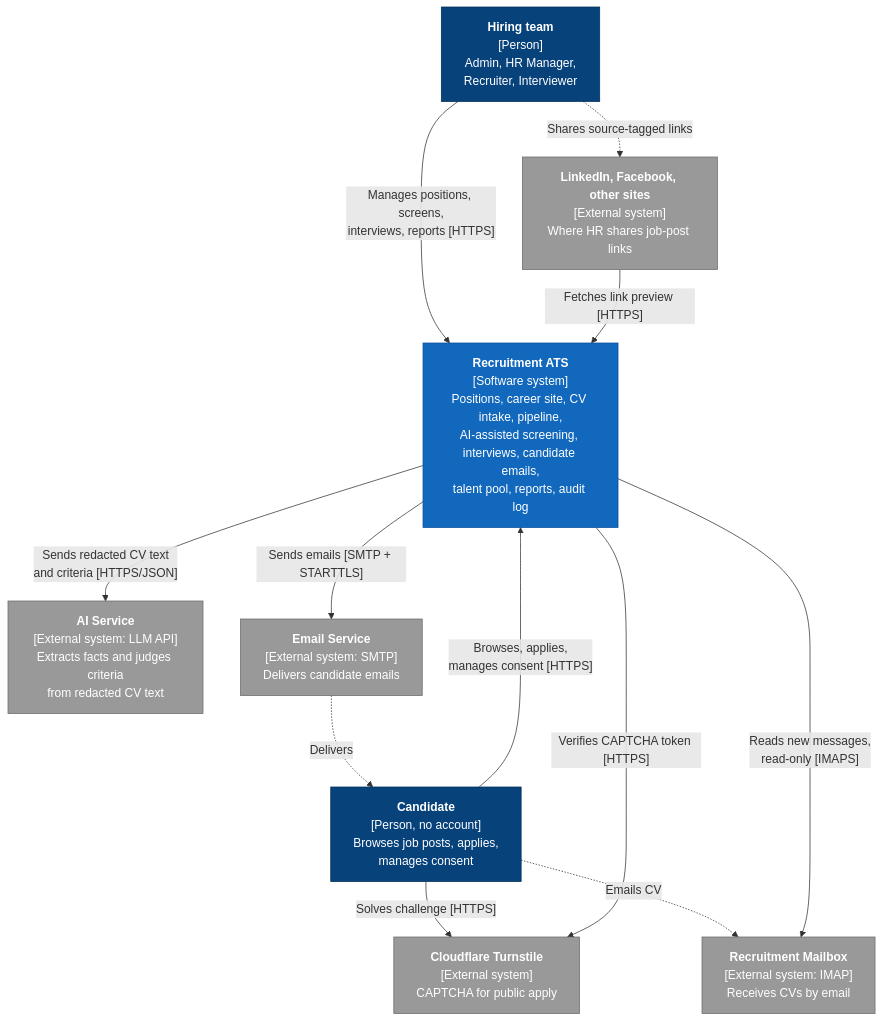
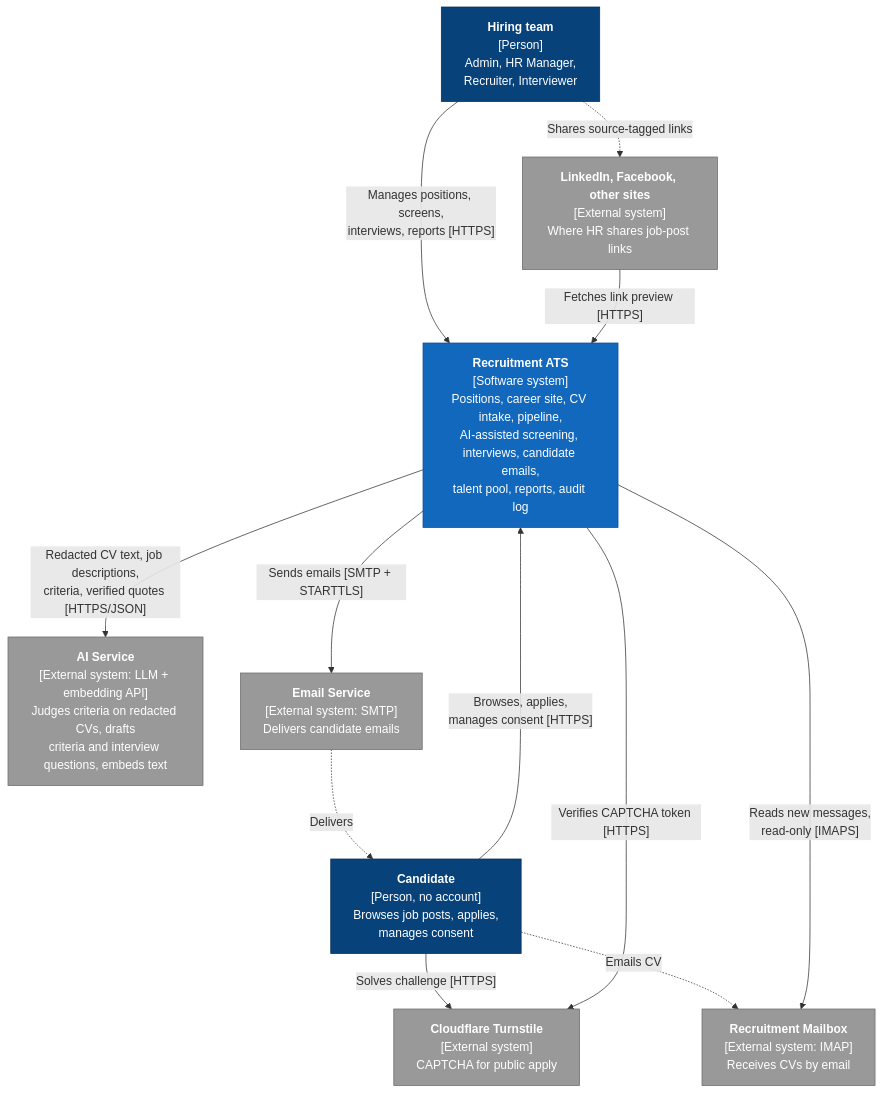
The first of 5 diagrams in docs/06-c4-architecture.md (duongk18FPTU/recruitment-ats), drawn with Mermaid before and after one commit. The commit also changed other lines of this file and 28 other files, not shown here.

````diff
--- a/docs/06-c4-architecture.md
+++ b/docs/06-c4-architecture.md
@@ -27,33 +27,33 @@
 ```mermaid
 flowchart TB
     hr["<b>Hiring team</b><br/>[Person]<br/>Admin, HR Manager,<br/>Recruiter, Interviewer"]
     cand["<b>Candidate</b><br/>[Person, no account]<br/>Browses job posts, applies,<br/>manages consent"]
 
     ats["<b>Recruitment ATS</b><br/>[Software system]<br/>Positions, career site, CV intake, pipeline,<br/>AI-assisted screening, interviews, candidate emails,<br/>talent pool, reports, audit log"]
 
-    ai["<b>AI Service</b><br/>[External system: LLM API]<br/>Extracts facts and judges criteria<br/>from redacted CV text"]
+    ai["<b>AI Service</b><br/>[External system: LLM + embedding API]<br/>Judges criteria on redacted CVs, drafts<br/>criteria and interview questions, embeds text"]
     smtp["<b>Email Service</b><br/>[External system: SMTP]<br/>Delivers candidate emails"]
     imap["<b>Recruitment Mailbox</b><br/>[External system: IMAP]<br/>Receives CVs by email"]
     turnstile["<b>Cloudflare Turnstile</b><br/>[External system]<br/>CAPTCHA for public apply"]
     social["<b>LinkedIn, Facebook, other sites</b><br/>[External system]<br/>Where HR shares job-post links"]
 
     hr -->|"Manages positions, screens,<br/>interviews, reports [HTTPS]"| ats
     cand -->|"Browses, applies,<br/>manages consent [HTTPS]"| ats
     cand -->|"Solves challenge [HTTPS]"| turnstile
     cand -.->|"Emails CV"| imap
     hr -.->|"Shares source-tagged links"| social
     social -->|"Fetches link preview [HTTPS]"| ats
 
-    ats -->|"Sends redacted CV text<br/>and criteria [HTTPS/JSON]"| ai
+    ats -->|"Redacted CV text, job descriptions,<br/>criteria, verified quotes [HTTPS/JSON]"| ai
     ats -->|"Sends emails [SMTP + STARTTLS]"| smtp
     smtp -.->|"Delivers"| cand
     ats -->|"Reads new messages,<br/>read-only [IMAPS]"| imap
     ats -->|"Verifies CAPTCHA token [HTTPS]"| turnstile
 
     classDef person fill:#08427b,color:#fff,stroke:#052e56
     classDef system fill:#1168bd,color:#fff,stroke:#0b4f9e
     classDef external fill:#999,color:#fff,stroke:#6b6b6b
     class hr,cand person
     class ats system
     class ai,smtp,imap,turnstile,social external
 ```
````
